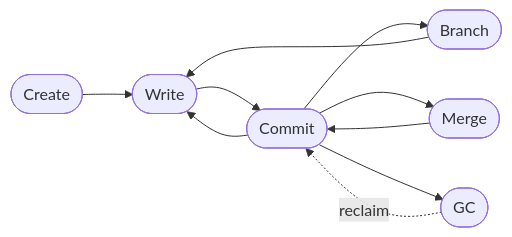
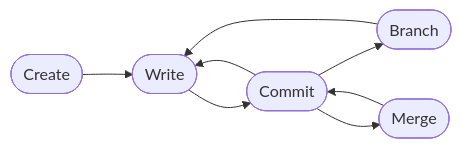
One commit to rust-util-collections/vsdb changed the fourth of 18 diagrams in strata/docs/versioned.md. Above: the diagram before and after it, drawn with Mermaid. The commit also changed other lines of this file and 6 other files, not shown here.

````diff
--- a/strata/docs/versioned.md
+++ b/strata/docs/versioned.md
@@ -136,12 +136,10 @@
 ```mermaid
 graph LR
     A(["Create"]) --> B(["Write"])
     B --> C(["Commit"])
     C --> B
     C --> D(["Branch"])
     D --> B
     C --> E(["Merge"])
     E --> C
-    C --> F(["GC"])
-    F -.->|"reclaim"| C
 ```
````
